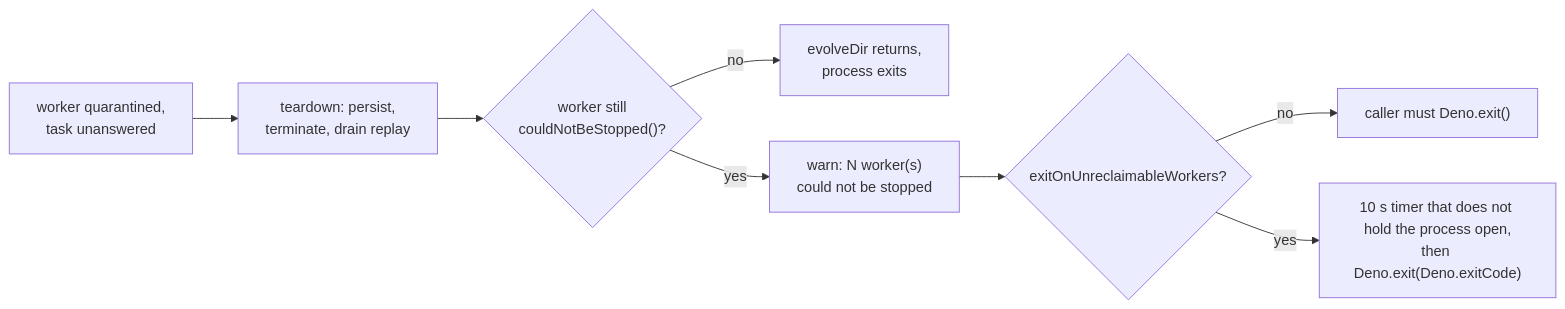
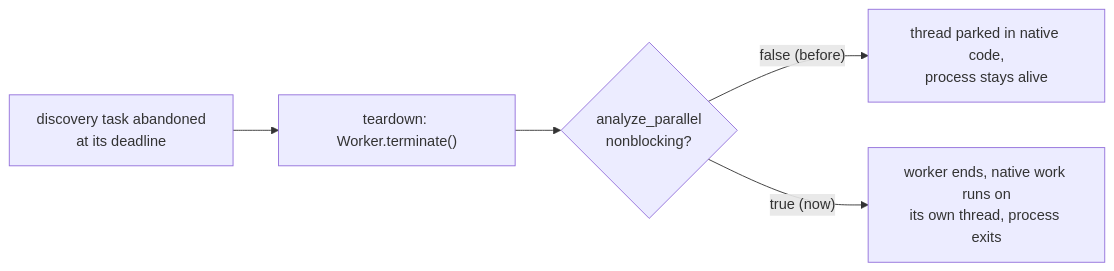
Before and after one commit to stSoftwareAU/NEAT-AI: the diagram in docs/archive/pr-summaries/pr-summary-4126.md, drawn with Mermaid. The commit also changed other lines of this file and 30 other files, not shown here.

First line of the commit message:
Stop a stuck discovery analysis pinning the process after evolveDir returns (Part of #4126) (#4139)

````diff
--- a/docs/archive/pr-summaries/pr-summary-4126.md
+++ b/docs/archive/pr-summaries/pr-summary-4126.md
@@ -16,10 +18,7 @@
 ```mermaid
 flowchart LR
-    Q["worker quarantined,<br/>task unanswered"] --> T["teardown: persist,<br/>terminate, drain replay"]
-    T --> C{"worker still<br/>couldNotBeStopped()?"}
-    C -- no --> R["evolveDir returns,<br/>process exits"]
-    C -- yes --> W["warn: N worker(s)<br/>could not be stopped"]
-    W --> O{"exitOnUnreclaimableWorkers?"}
-    O -- no --> H["caller must Deno.exit()"]
-    O -- yes --> G["10 s timer that does not hold the process open,<br/>then Deno.exit(Deno.exitCode)"]
+    D["discovery task abandoned<br/>at its deadline"] --> T["teardown: Worker.terminate()"]
+    T --> Q{"analyze_parallel<br/>nonblocking?"}
+    Q -- "false (before)" --> P["thread parked in native code,<br/>process stays alive"]
+    Q -- "true (now)" --> E["worker ends, native work runs on<br/>its own thread, process exits"]
 ```
````
